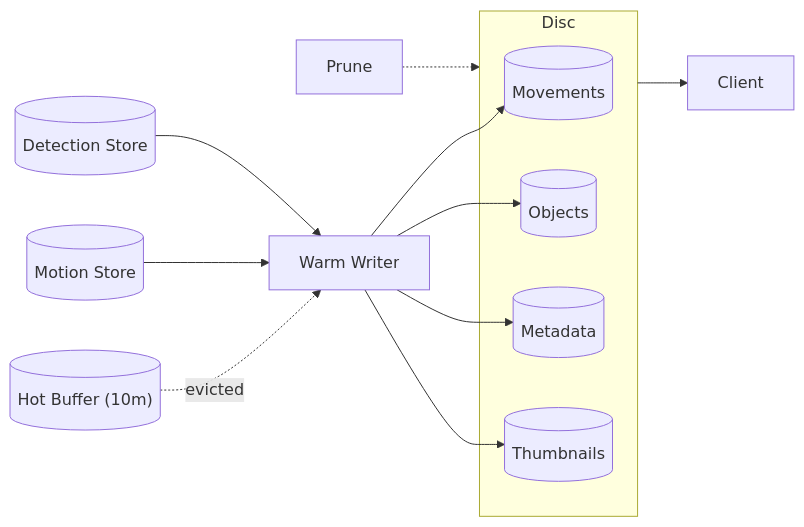
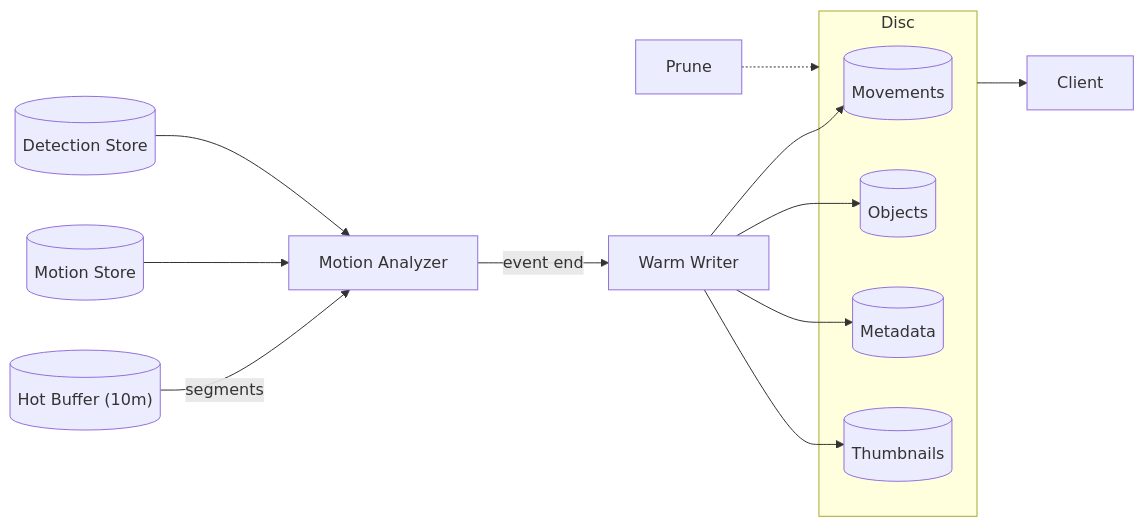
The fifth of 5 diagrams in README.md (nsg/camon), drawn with Mermaid before and after one commit. The commit also changed other lines of this file and 11 other files, not shown here.

First line of the commit message:
Persist events at motion-run end instead of hot-buffer eviction

````diff
--- a/README.md
+++ b/README.md
@@ -68,20 +66,21 @@
 ```mermaid
 flowchart LR
-  HotBuffer[("Hot Buffer (10m)")] -.->|evicted| WarmWriter["Warm Writer"]
-  MS[("Motion Store")] --> WarmWriter
-  DS[("Detection Store")] --> WarmWriter
+  HotBuffer[("Hot Buffer (10m)")] -->|segments| MA["Motion Analyzer"]
+  MS[("Motion Store")] --> MA
+  DS[("Detection Store")] --> MA
+  MA -->|event end| WarmWriter["Warm Writer"]
   WarmWriter --> DiskMovements
   WarmWriter --> DiskObjects
   WarmWriter --> Metadata
   WarmWriter --> Thumbnails
 
   subgraph Disc
     DiskMovements[("Movements")]
     DiskObjects[("Objects")]
     Metadata[("Metadata")]
     Thumbnails[("Thumbnails")]
   end
 
   Disc --> Client
   Prune -.-> Disc
 ```
````
